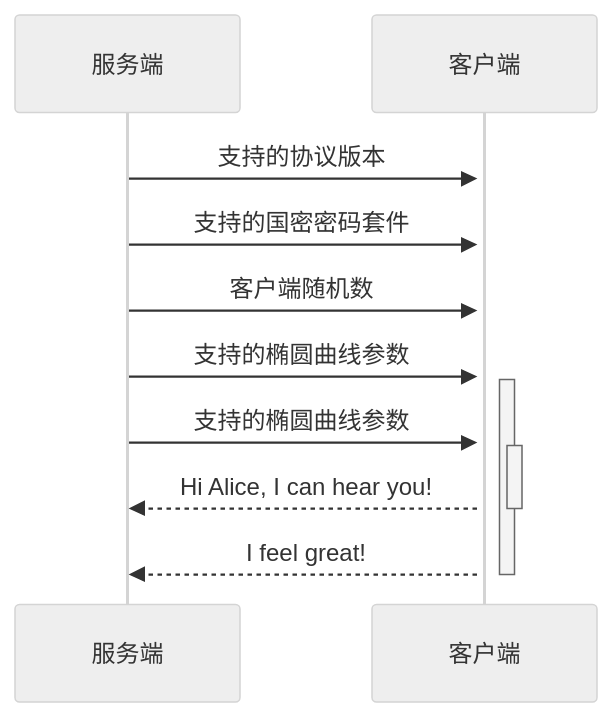
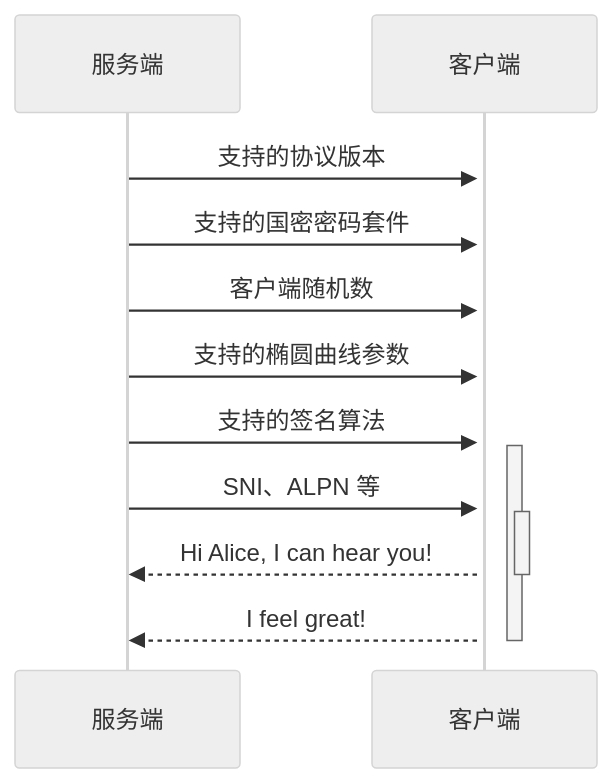
Before and after one commit to HY-10-8/iodraw-files: the diagram in all/未命名-1.md, drawn with Mermaid (neutral theme).

Commit message:
2026-03-24 09:59:39 update

````diff
--- a/all/未命名-1.md
+++ b/all/未命名-1.md
@@ -1,11 +1,13 @@
 ```mermaid
 sequenceDiagram
     服务端->>+客户端: 支持的协议版本
     服务端->>+客户端: 支持的国密密码套件
     服务端->>+客户端: 客户端随机数
     服务端->>+客户端: 支持的椭圆曲线参数
-    服务端->>+客户端: 支持的椭圆曲线参数
+    服务端->>+客户端: 支持的签名算法
+    服务端->>+客户端: SNI、ALPN 等
+    
     客户端-->>-服务端: Hi Alice, I can hear you!
     客户端-->>-服务端: I feel great!
             
 ```
````
